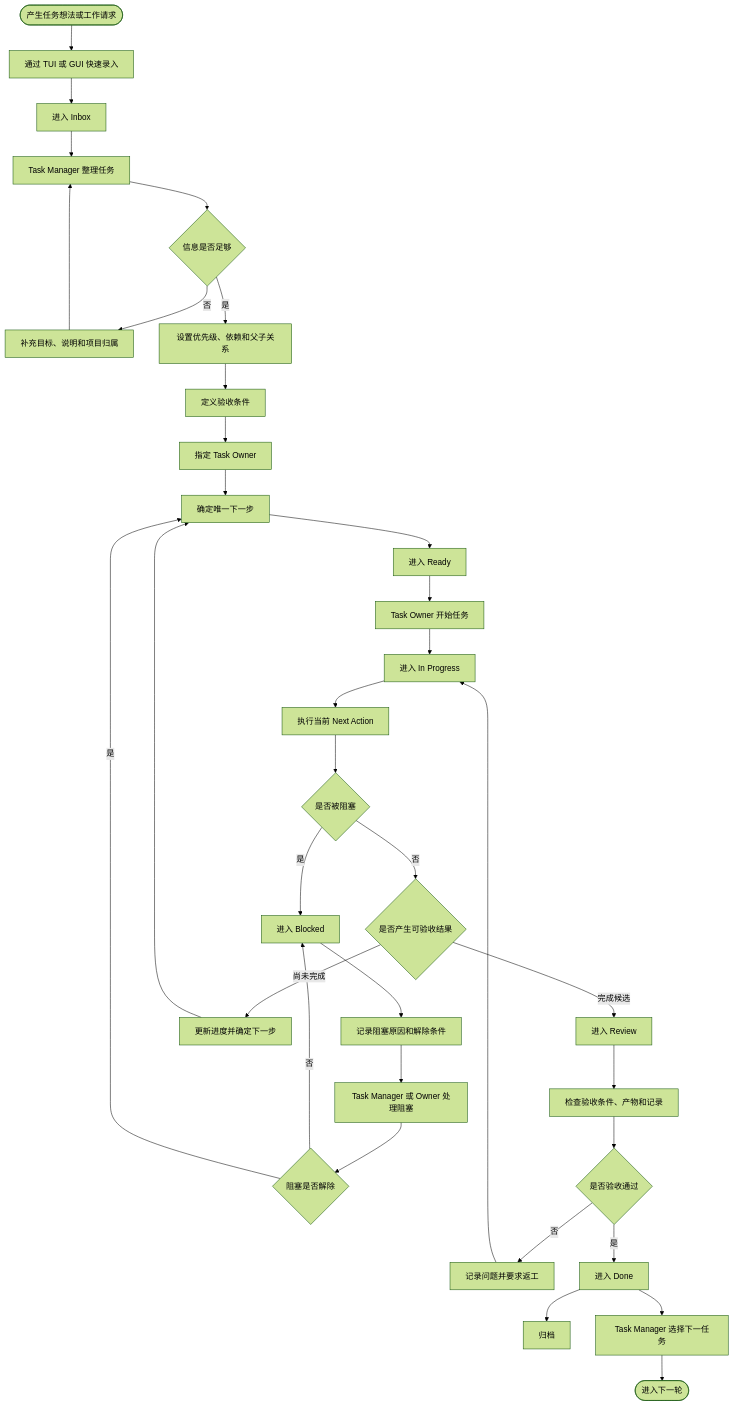
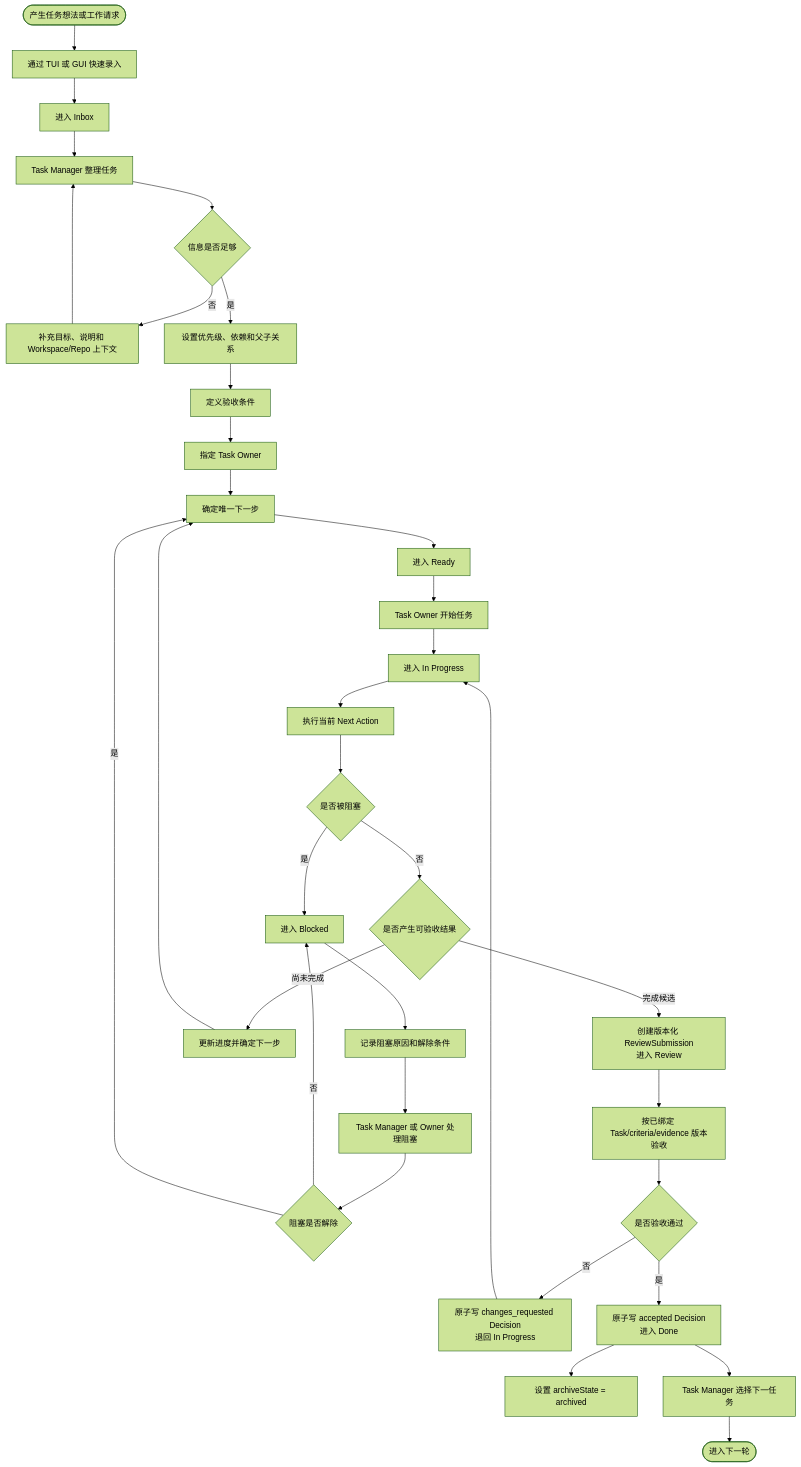
The diagram in docs/v1/18-task-management-workflow.md (cecil-su/agent-steward), drawn with Mermaid (forest theme) before and after one commit. The commit also changed other lines of this file and 22 other files, not shown here.

Commit message:
docs: refine v1 workspace and reliability design

````diff
--- a/docs/v1/18-task-management-workflow.md
+++ b/docs/v1/18-task-management-workflow.md
@@ -5,82 +5,82 @@
 ```mermaid
 flowchart TB
     Start([产生任务想法或工作请求])
 
     Capture[通过 TUI 或 GUI 快速录入]
     Inbox[进入 Inbox]
     Triage[Task Manager 整理任务]
 
     CompleteInfo{信息是否足够}
-    Refine[补充目标、说明和项目归属]
+    Refine[补充目标、说明和 Workspace/Repo 上下文]
 
     Structure[设置优先级、依赖和父子关系]
     Acceptance[定义验收条件]
     Assign[指定 Task Owner]
     Next[确定唯一下一步]
     Ready[进入 Ready]
 
     StartWork[Task Owner 开始任务]
     InProgress[进入 In Progress]
     Work[执行当前 Next Action]
 
     Blocked{是否被阻塞}
     BlockState[进入 Blocked]
     RecordBlocker[记录阻塞原因和解除条件]
     Resolve[Task Manager 或 Owner 处理阻塞]
     Resolved{阻塞是否解除}
 
     Result{是否产生可验收结果}
     Continue[更新进度并确定下一步]
-    Review[进入 Review]
-    Check[检查验收条件、产物和记录]
+    Review[创建版本化 ReviewSubmission<br/>进入 Review]
+    Check[按已绑定 Task/criteria/evidence 版本验收]
     Accepted{是否验收通过}
 
-    Rework[记录问题并要求返工]
-    Done[进入 Done]
-    Archive[归档]
+    Rework[原子写 changes_requested Decision<br/>退回 In Progress]
+    Done[原子写 accepted Decision<br/>进入 Done]
+    Archive[设置 archiveState = archived]
     SelectNext[Task Manager 选择下一任务]
     End([进入下一轮])
 
     Start --> Capture
     Capture --> Inbox
     Inbox --> Triage
     Triage --> CompleteInfo
 
     CompleteInfo -->|否| Refine
     Refine --> Triage
     CompleteInfo -->|是| Structure
 
     Structure --> Acceptance
     Acceptance --> Assign
     Assign --> Next
     Next --> Ready
 
     Ready --> StartWork
     StartWork --> InProgress
     InProgress --> Work
     Work --> Blocked
 
     Blocked -->|是| BlockState
     BlockState --> RecordBlocker
     RecordBlocker --> Resolve
     Resolve --> Resolved
 
     Resolved -->|否| BlockState
     Resolved -->|是| Next
 
     Blocked -->|否| Result
     Result -->|尚未完成| Continue
     Continue --> Next
 
     Result -->|完成候选| Review
     Review --> Check
     Check --> Accepted
 
     Accepted -->|否| Rework
     Rework --> InProgress
 
     Accepted -->|是| Done
     Done --> Archive
     Done --> SelectNext
     SelectNext --> End
 ```
````
